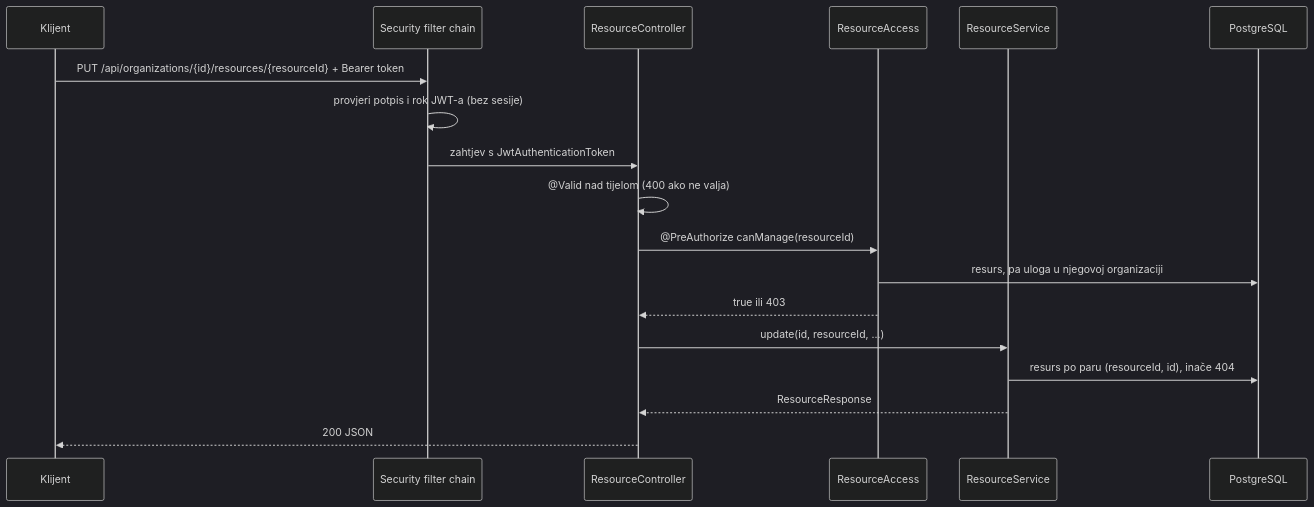
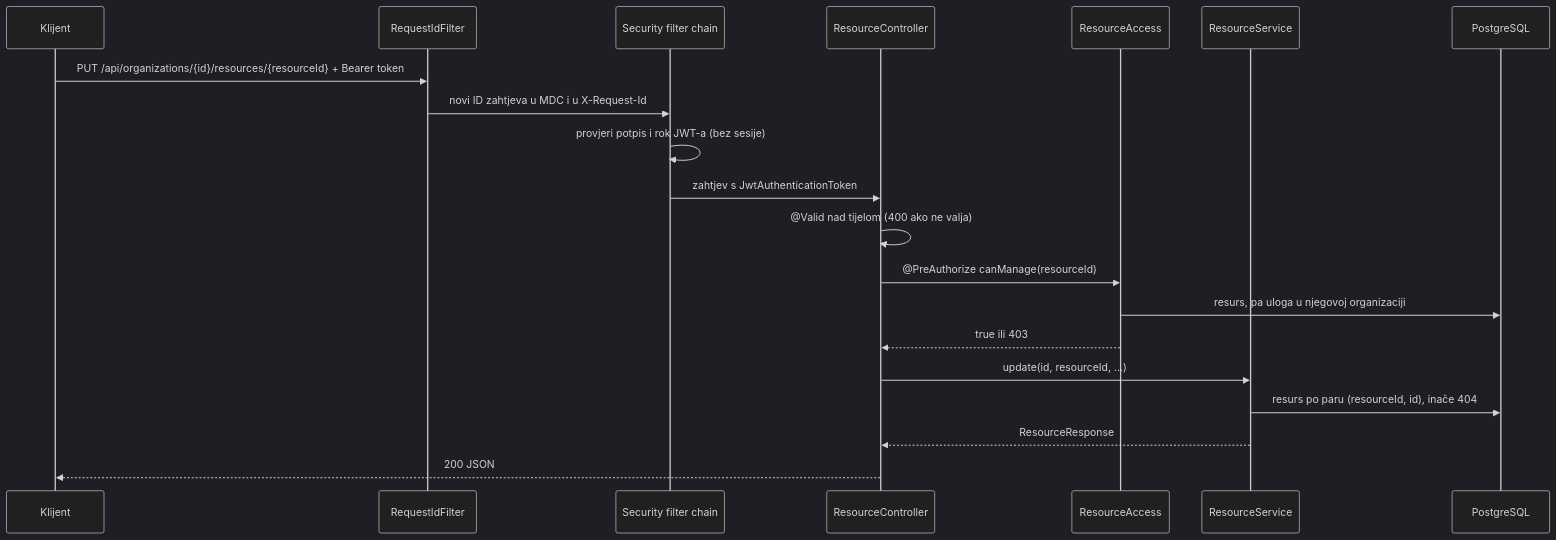
The first of 3 diagrams in docs/ARHITEKTURA.md (eminahbabovich/SlotBook), drawn with Mermaid (dark theme) before and after one commit. The commit also changed other lines of this file and 10 other files, not shown here.

````diff
--- a/docs/ARHITEKTURA.md
+++ b/docs/ARHITEKTURA.md
@@ -17,21 +17,23 @@
 ```mermaid
 sequenceDiagram
     participant K as Klijent
+    participant R as RequestIdFilter
     participant F as Security filter chain
     participant C as ResourceController
     participant A as ResourceAccess
     participant S as ResourceService
     participant DB as PostgreSQL
 
-    K->>F: PUT /api/organizations/{id}/resources/{resourceId} + Bearer token
+    K->>R: PUT /api/organizations/{id}/resources/{resourceId} + Bearer token
+    R->>F: novi ID zahtjeva u MDC i u X-Request-Id
     F->>F: provjeri potpis i rok JWT-a (bez sesije)
     F->>C: zahtjev s JwtAuthenticationToken
     C->>C: @Valid nad tijelom (400 ako ne valja)
     C->>A: @PreAuthorize canManage(resourceId)
     A->>DB: resurs, pa uloga u njegovoj organizaciji
     A-->>C: true ili 403
     C->>S: update(id, resourceId, ...)
     S->>DB: resurs po paru (resourceId, id), inače 404
     S-->>C: ResourceResponse
     C-->>K: 200 JSON
 ```
````
